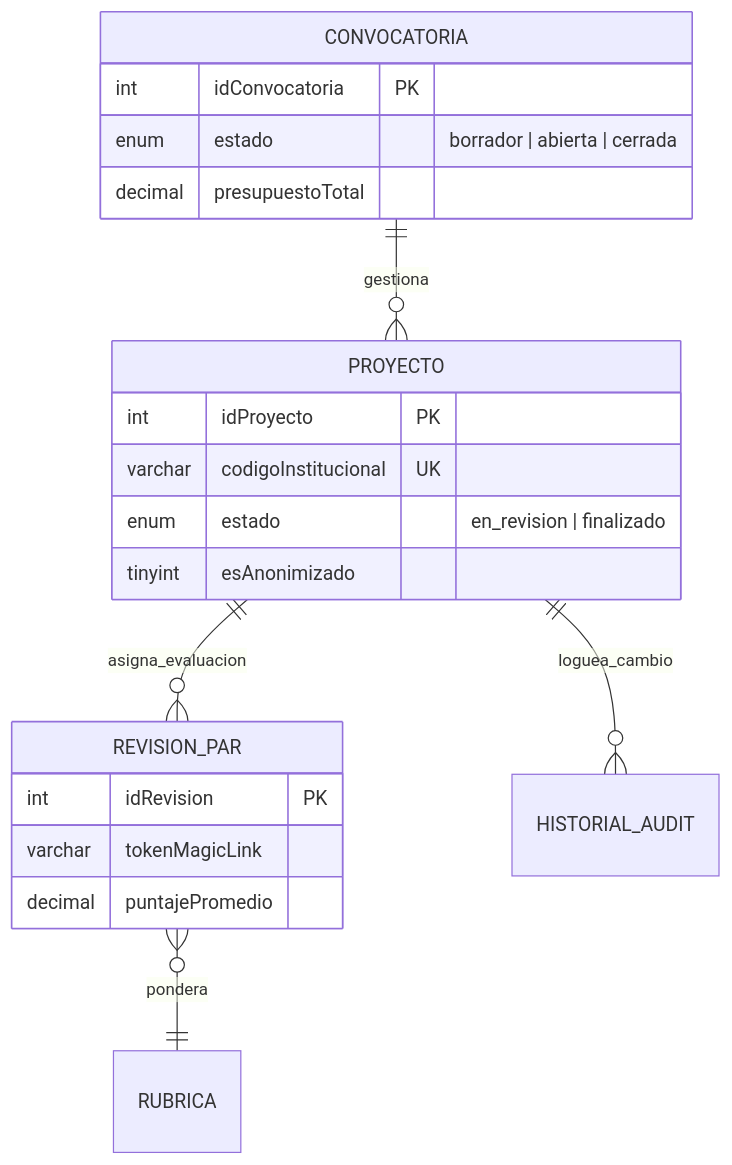
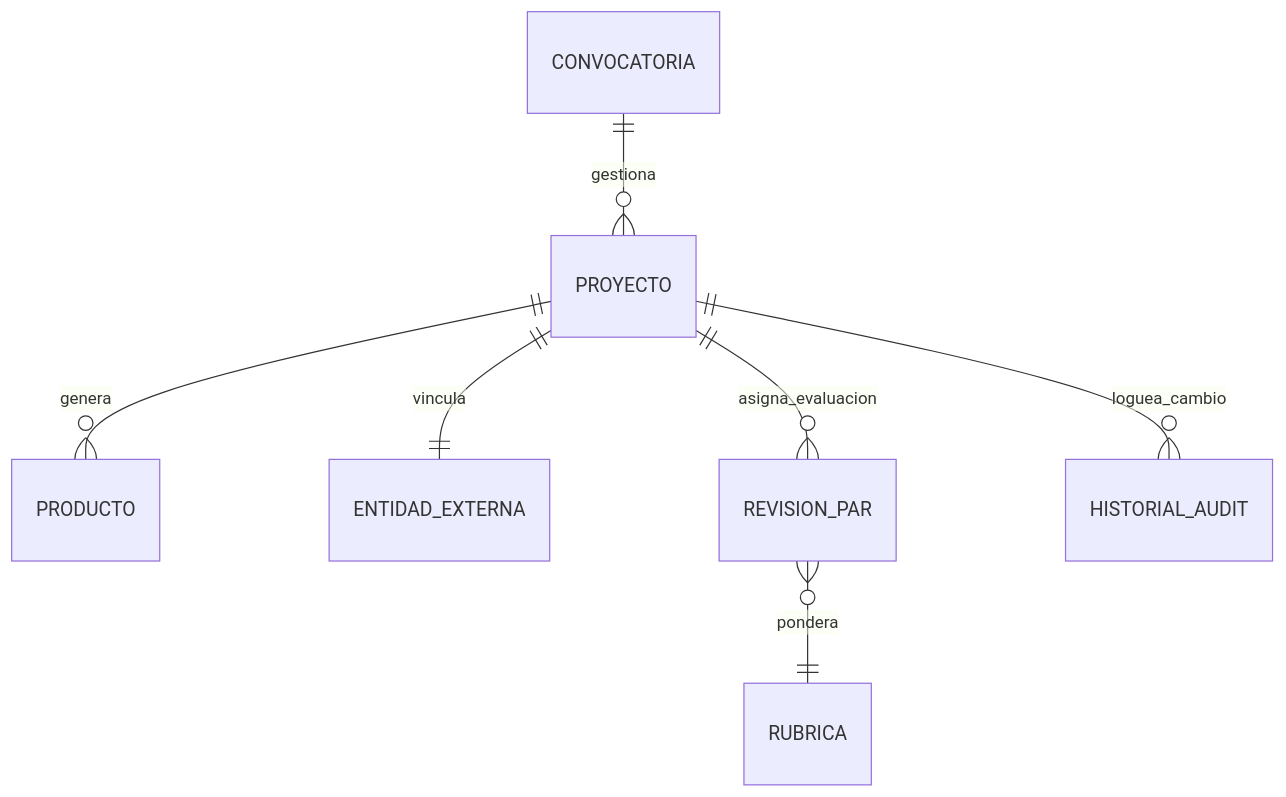
Before and after one commit to JorgeDoicela/diitra: the diagram in docs/documentacion/02_base_datos.md, drawn with Mermaid. The commit also changed other lines of this file and 32 other files, not shown here.

````diff
--- a/docs/documentacion/02_base_datos.md
+++ b/docs/documentacion/02_base_datos.md
@@ -22,28 +22,13 @@
 ```mermaid
 erDiagram
-    CONVOCATORIA {
-        int idConvocatoria PK
-        enum estado "borrador | abierta | cerrada"
-        decimal presupuestoTotal
-    }
+    %% Núcleo de Innovación & TRL %%
+    PROYECTO ||--o{ PRODUCTO : genera
+    PROYECTO ||--|| ENTIDAD_EXTERNA : vincula
     
-    PROYECTO {
-        int idProyecto PK
-        varchar codigoInstitucional UK
-        enum estado "en_revision | finalizado"
-        tinyint esAnonimizado
-    }
-    
-    REVISION_PAR {
-        int idRevision PK
-        varchar tokenMagicLink
-        decimal puntajePromedio
-    }
-
     CONVOCATORIA ||--o{ PROYECTO : gestiona
     PROYECTO ||--o{ REVISION_PAR : asigna_evaluacion
     REVISION_PAR }o--|| RUBRICA : pondera
     
     %% Trazabilidad %%
     PROYECTO ||--o{ HISTORIAL_AUDIT : loguea_cambio    
 ```
````
